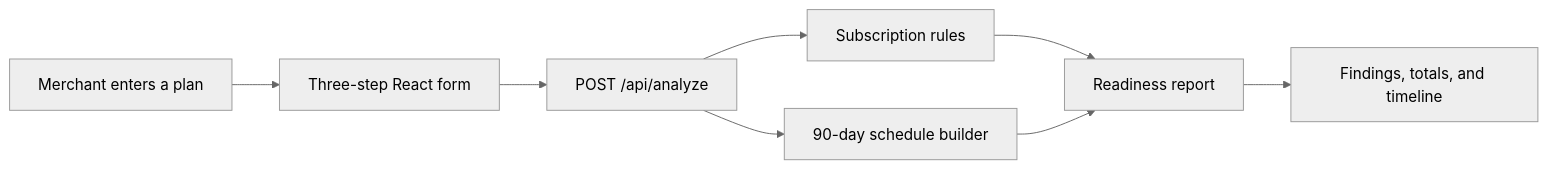
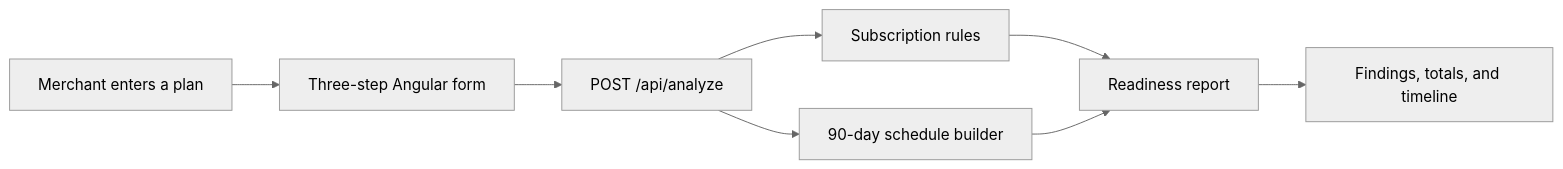
Before and after one commit to parniayzdin/subscription-launchpad: the diagram in README.md, drawn with Mermaid (neutral theme). The commit also changed other lines of this file and 2 other files, not shown here.

Commit message:
Test and document the Angular version

````diff
--- a/README.md
+++ b/README.md
@@ -9,10 +9,10 @@
 ```mermaid
 flowchart LR
-    A["Merchant enters a plan"] --> B["Three-step React form"]
+    A["Merchant enters a plan"] --> B["Three-step Angular form"]
     B --> C["POST /api/analyze"]
     C --> D["Subscription rules"]
     C --> E["90-day schedule builder"]
     D --> F["Readiness report"]
     E --> F
     F --> G["Findings, totals, and timeline"]
 ```
````
